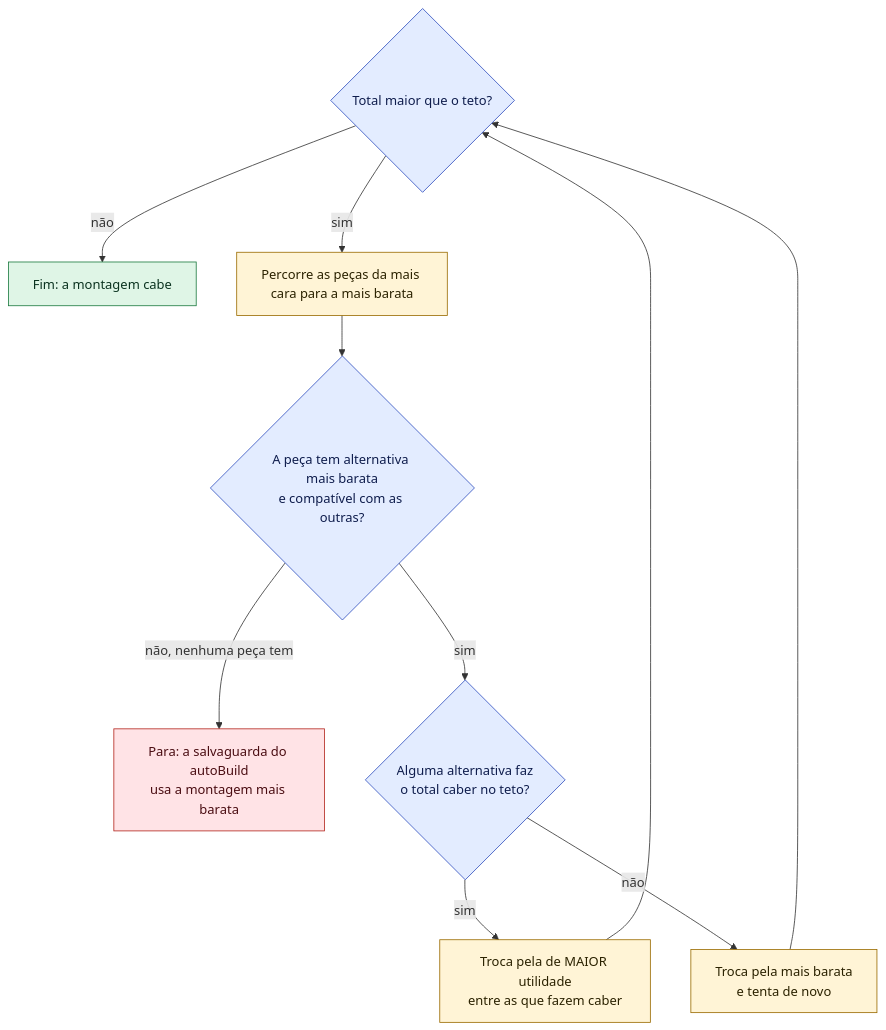
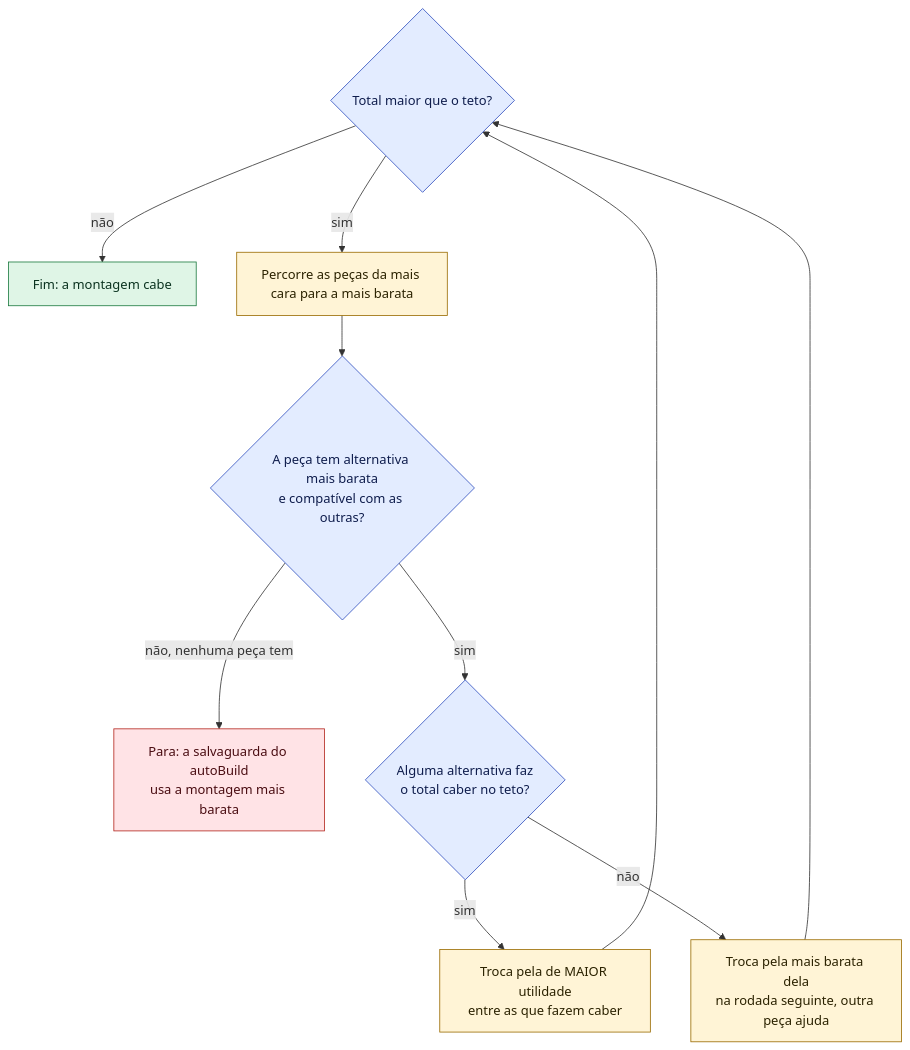
Before and after one commit to FEJAPA/Garimpo-PC: the fifth of 7 diagrams in docs/diagramas/fluxo-montador.md, drawn with Mermaid. The commit also changed other lines of this file and 5 other files, not shown here.

````diff
--- a/docs/diagramas/fluxo-montador.md
+++ b/docs/diagramas/fluxo-montador.md
@@ -220,18 +222,18 @@
 ```mermaid
 flowchart TD
     classDef passo fill:#fff4d6,stroke:#9a6b00,color:#2b2200
     classDef decisao fill:#e3ecff,stroke:#2f4fbf,color:#0f1d4d
     classDef ok fill:#dff5e6,stroke:#1b7a3f,color:#0b3320
     classDef falha fill:#ffe3e6,stroke:#b3261e,color:#4a0d12
 
     D0{"Total maior que o teto?"}:::decisao
     D0 -->|"não"| D9["Fim: a montagem cabe"]:::ok
     D0 -->|"sim"| D1["Percorre as peças da mais cara para a mais barata"]:::passo
     D1 --> D2{"A peça tem alternativa mais barata<br/>e compatível com as outras?"}:::decisao
     D2 -->|"não, nenhuma peça tem"| D8["Para: a salvaguarda do autoBuild<br/>usa a montagem mais barata"]:::falha
     D2 -->|"sim"| D3{"Alguma alternativa faz<br/>o total caber no teto?"}:::decisao
     D3 -->|"sim"| D4["Troca pela de MAIOR utilidade<br/>entre as que fazem caber"]:::passo
-    D3 -->|"não"| D5["Troca pela mais barata<br/>e tenta de novo"]:::passo
+    D3 -->|"não"| D5["Troca pela mais barata dela<br/>na rodada seguinte, outra peça ajuda"]:::passo
     D4 --> D0
     D5 --> D0
 ```
````
